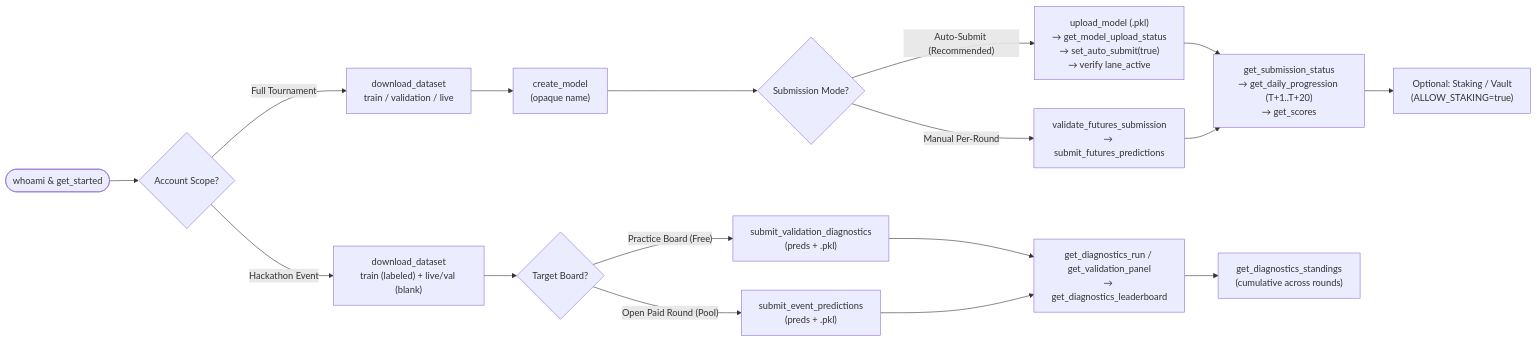
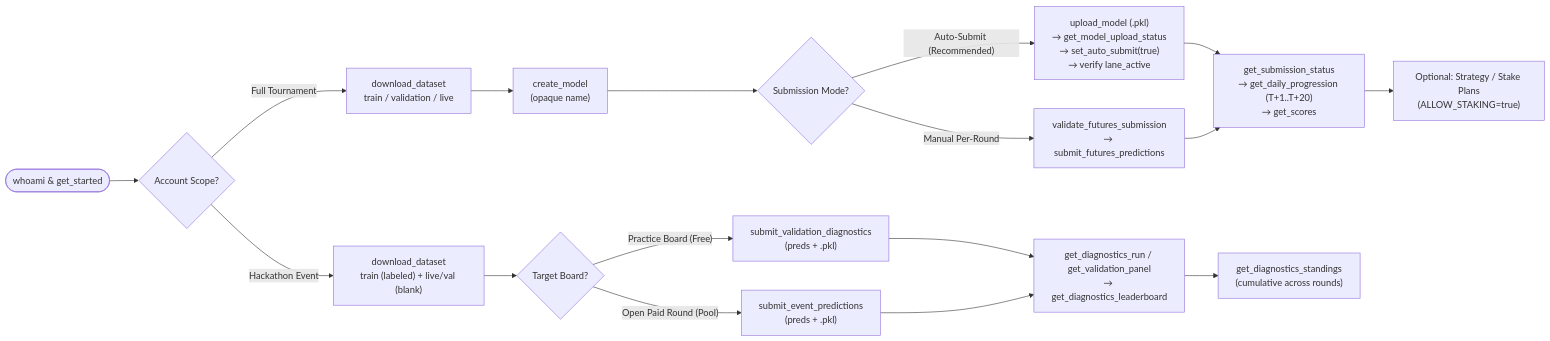
The second of 4 diagrams in README.md (tukorama/mcp-server-everesteer), drawn with Mermaid before and after one commit. The commit also changed other lines of this file and 30 other files, not shown here.

````diff
--- a/README.md
+++ b/README.md
@@ -97,21 +97,21 @@
 ```mermaid
 flowchart LR
     start(["whoami & get_started"]) --> mode{"Account Scope?"}
 
     mode -- "Full Tournament" --> t_data["download_dataset<br/>train / validation / live"]
     t_data --> t_model["create_model<br/>(opaque name)"]
     t_model --> t_path{"Submission Mode?"}
     t_path -- "Auto-Submit (Recommended)" --> t_pkl["upload_model (.pkl)<br/>→ get_model_upload_status<br/>→ set_auto_submit(true)<br/>→ verify lane_active"]
     t_path -- "Manual Per-Round" --> t_man["validate_futures_submission<br/>→ submit_futures_predictions"]
     t_pkl --> t_track["get_submission_status<br/>→ get_daily_progression (T+1..T+20)<br/>→ get_scores"]
     t_man --> t_track
-    t_track --> t_stake["Optional: Staking / Vault<br/>(ALLOW_STAKING=true)"]
+    t_track --> t_stake["Optional: Strategy / Stake Plans<br/>(ALLOW_STAKING=true)"]
 
     mode -- "Hackathon Event" --> h_data["download_dataset<br/>train (labeled) + live/val (blank)"]
     h_data --> h_lane{"Target Board?"}
     h_lane -- "Practice Board (Free)" --> h_val["submit_validation_diagnostics<br/>(preds + .pkl)"]
     h_lane -- "Open Paid Round (Pool)" --> h_evt["submit_event_predictions<br/>(preds + .pkl)"]
     h_val --> h_res["get_diagnostics_run / get_validation_panel<br/>→ get_diagnostics_leaderboard"]
     h_evt --> h_res
     h_res --> h_stand["get_diagnostics_standings<br/>(cumulative across rounds)"]
 ```
````
